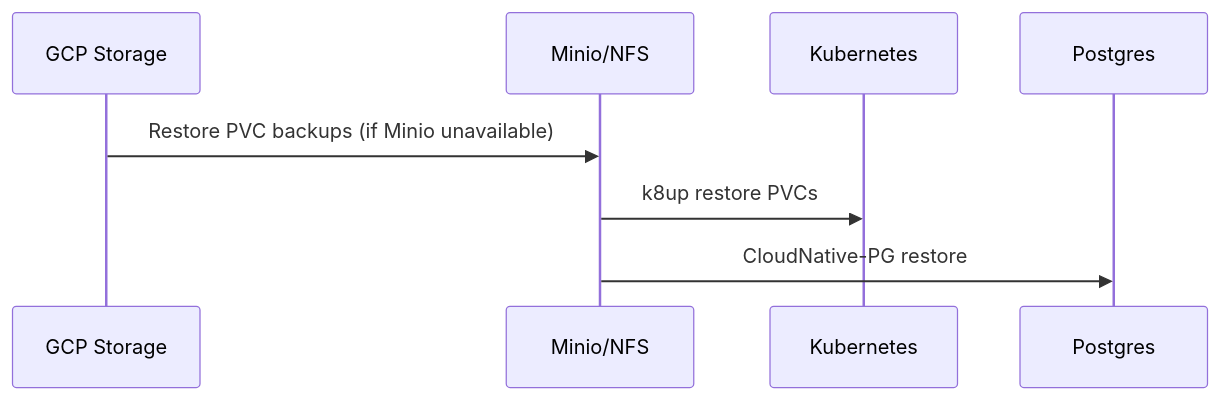
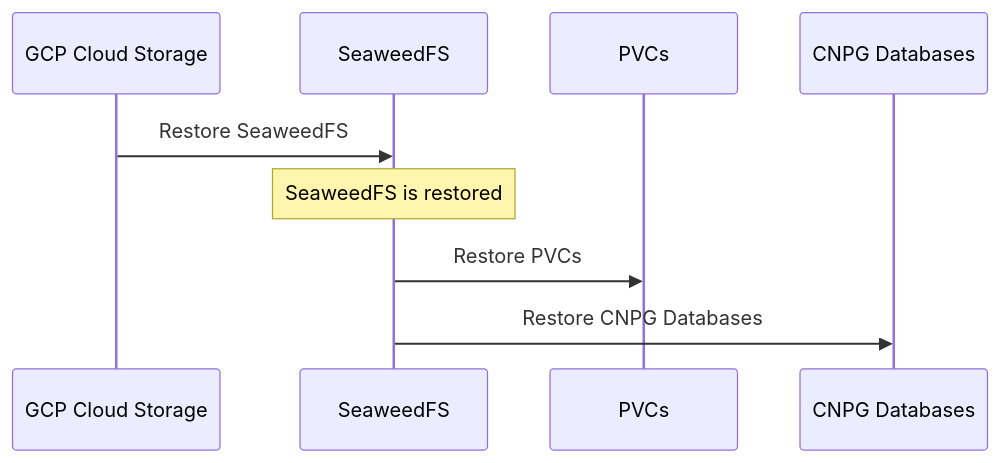
Before and after one commit to blake-hamm/bhamm-lab: the second of 2 diagrams in docker/docs-site/docs/backups/index.md, drawn with Mermaid. The commit also changed other lines of this file and 2 other files, not shown here.

````diff
--- a/docker/docs-site/docs/backups/index.md
+++ b/docker/docs-site/docs/backups/index.md
@@ -33,9 +32,12 @@
 ```mermaid
 sequenceDiagram
-    participant GCP as GCP Storage
-    participant Minio as Minio/NFS
-    participant K8s as Kubernetes
-    GCP->>Minio: Restore PVC backups (if Minio unavailable)
-    Minio->>K8s: k8up restore PVCs
-    Minio->>Postgres: CloudNative-PG restore
+    participant GCP as GCP Cloud Storage
+    participant swfs as SeaweedFS
+    participant pvc as PVCs
+    participant cnpg as CNPG Databases
+
+    GCP->>swfs: Restore SeaweedFS
+    Note over swfs: SeaweedFS is restored
+    swfs->>pvc: Restore PVCs
+    swfs->>cnpg: Restore CNPG Databases
 ```
````
